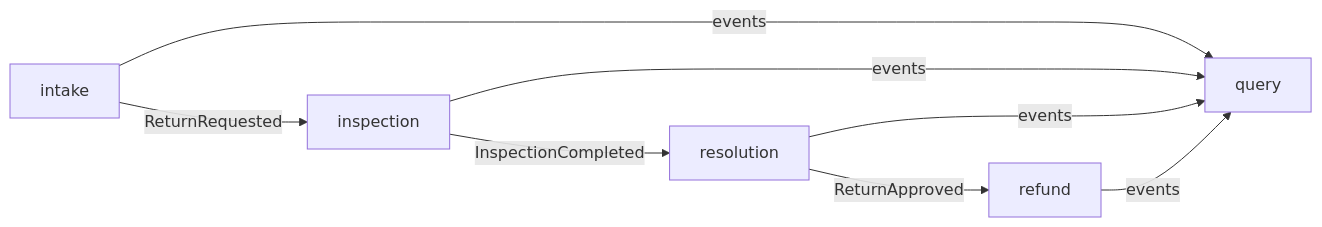
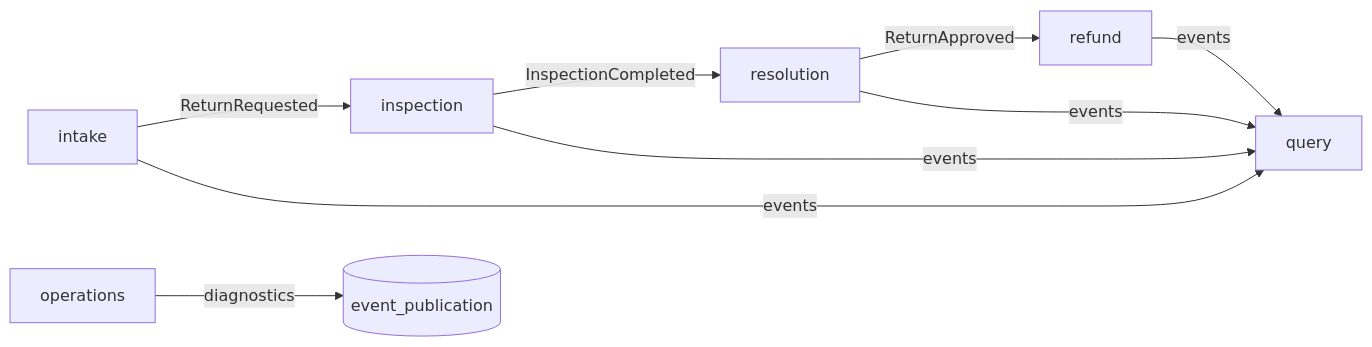
One commit to wasiliy-strecker/spring-architecture-patterns changed the first of 5 diagrams in docs/architecture.md. Above: the diagram before and after it, drawn with Mermaid. The commit also changed other lines of this file and 45 other files, not shown here.

````diff
--- a/docs/architecture.md
+++ b/docs/architecture.md
@@ -16,10 +16,11 @@
 ```mermaid
 flowchart LR
     I[intake] -->|ReturnRequested| N[inspection]
     N -->|InspectionCompleted| R[resolution]
     R -->|ReturnApproved| F[refund]
     I -->|events| Q[query]
     N -->|events| Q
     R -->|events| Q
     F -->|events| Q
+    O[operations] -->|diagnostics| EP[(event_publication)]
 ```
````
